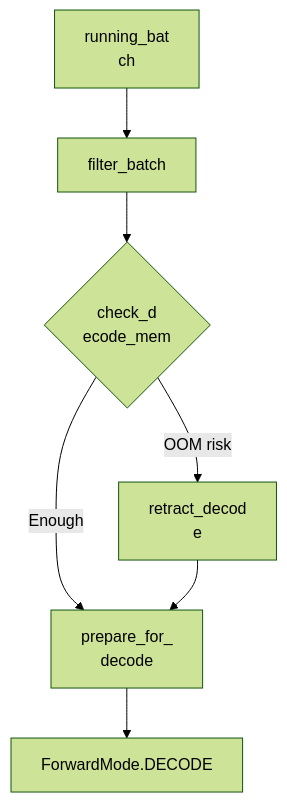
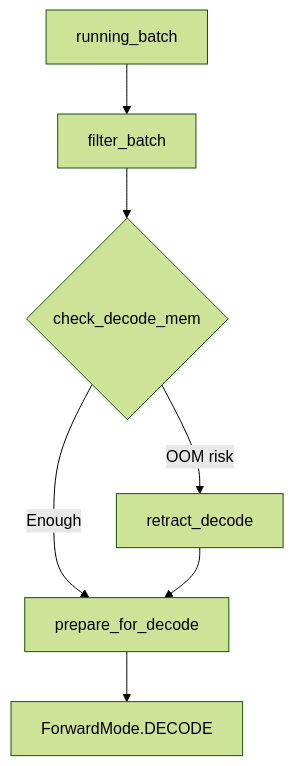
One commit to cl-vv-h/AI_Infra_Tutor_Page changed the sixth of 7 diagrams in src/data/sglang-content/sglang-source-reading/02-scheduler-core.md. Above: the diagram before and after it, drawn with Mermaid (forest theme). The commit also changed other lines of this file and 25 other files, not shown here.

Commit message:
Fix markdown rendering with react-markdown, add SGLang knowledge graph

````diff
--- a/src/data/sglang-content/sglang-source-reading/02-scheduler-core.md
+++ b/src/data/sglang-content/sglang-source-reading/02-scheduler-core.md
@@ -381,14 +176,9 @@
 ```mermaid
 flowchart TD
-  A["running_bat
-ch"] --> B["filter_batch"]
-  B --> C{"check_d
-ecode_mem"}
-  C -->|"Enough"| D["prepare_for_
-decode"]
-  C -->|"OOM risk"| E["retract_decod
-e"]
+  A["running_batch"] --> B["filter_batch"]
+  B --> C{"check_decode_mem"}
+  C -->|"Enough"| D["prepare_for_decode"]
+  C -->|"OOM risk"| E["retract_decode"]
   E --> D
   D --> F["ForwardMode.DECODE"]
-
 ```
````
